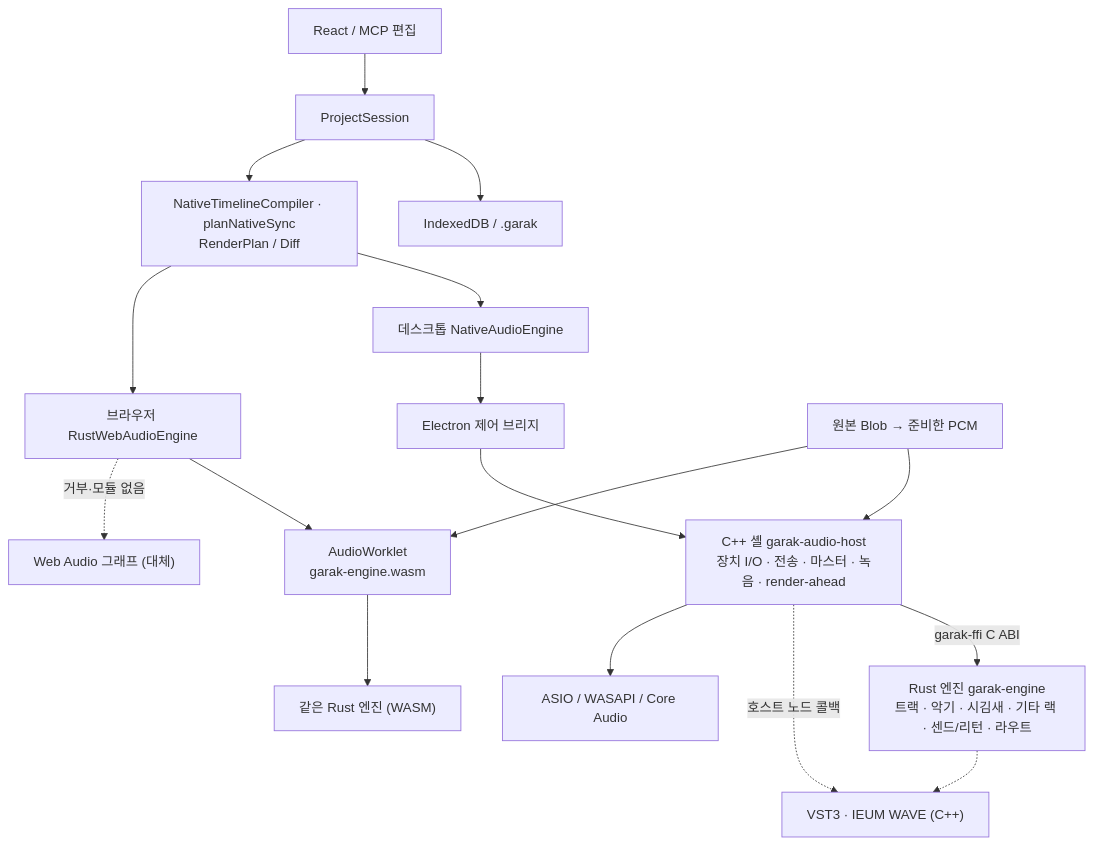
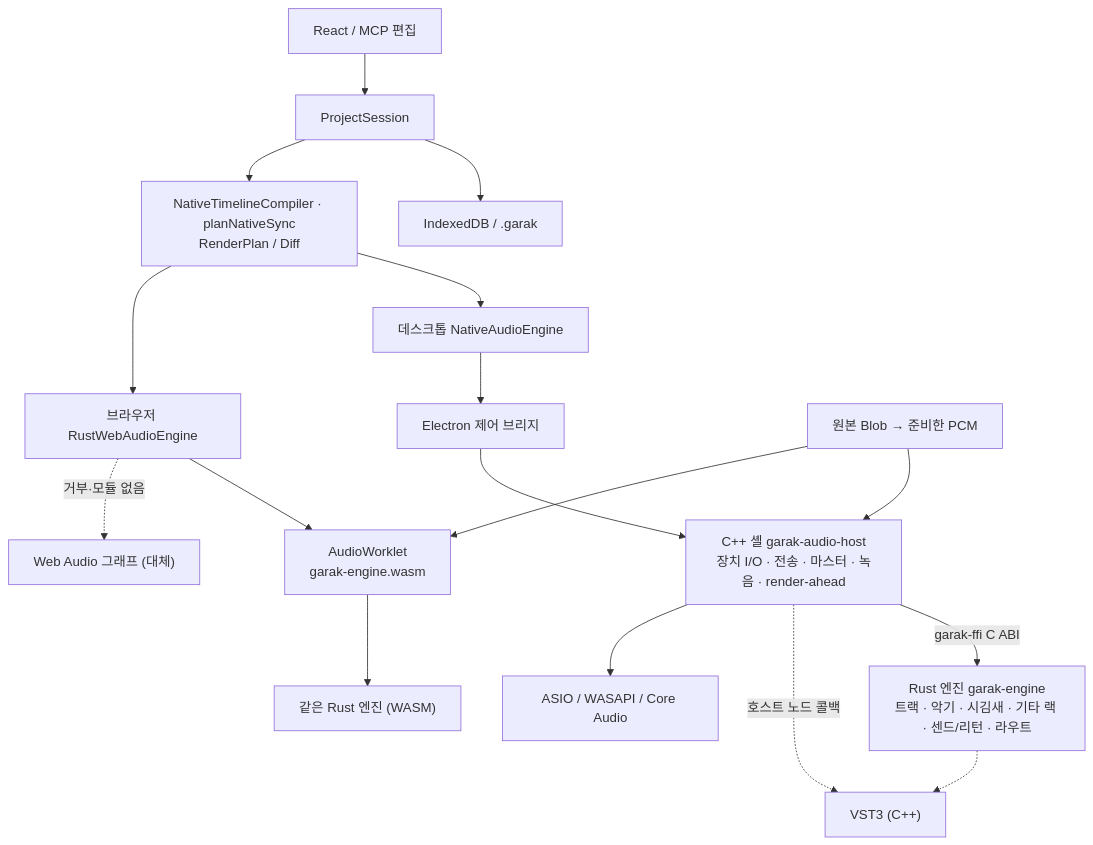
The diagram in docs/ARCHITECTURE.md (songchez/garak-ieum), drawn with Mermaid before and after one commit. The commit also changed other lines of this file and 12 other files, not shown here.

First line of the commit message:
docs: IEUM WAVE renders only in the Rust engine (0.3.3)

````diff
--- a/docs/ARCHITECTURE.md
+++ b/docs/ARCHITECTURE.md
@@ -9,19 +9,19 @@
 ```mermaid
 flowchart TD
   UI["React / MCP 편집"] --> P["ProjectSession"]
   P --> S["IndexedDB / .garak"]
   P --> T["NativeTimelineCompiler · planNativeSync<br/>RenderPlan / Diff"]
   T --> N["데스크톱 NativeAudioEngine"]
   N --> IPC["Electron 제어 브리지"]
   IPC --> C["C++ 셸 garak-audio-host<br/>장치 I/O · 전송 · 마스터 · 녹음 · render-ahead"]
   C -->|"garak-ffi C ABI"| E["Rust 엔진 garak-engine<br/>트랙 · 악기 · 시김새 · 기타 랙 · 센드/리턴 · 라우트"]
-  C -.->|"호스트 노드 콜백"| V["VST3 · IEUM WAVE (C++)"]
+  C -.->|"호스트 노드 콜백"| V["VST3 (C++)"]
   E -.-> V
   C --> D["ASIO / WASAPI / Core Audio"]
   T --> W["브라우저 RustWebAudioEngine"]
   W --> K["AudioWorklet<br/>garak-engine.wasm"]
   K --> E2["같은 Rust 엔진 (WASM)"]
   W -.->|"거부·모듈 없음"| B["Web Audio 그래프 (대체)"]
   A["원본 Blob → 준비한 PCM"] --> C
   A --> K
 ```
````
